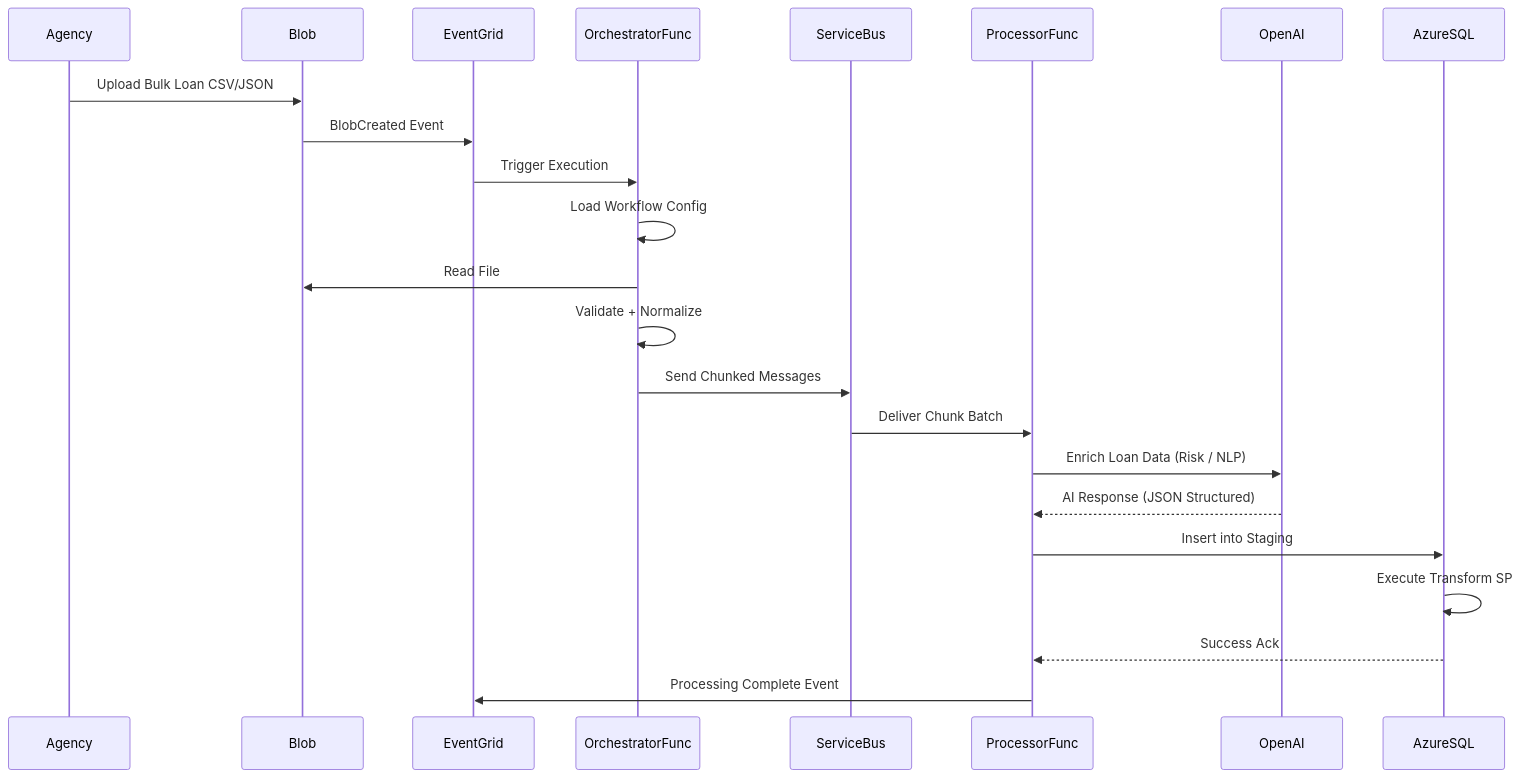
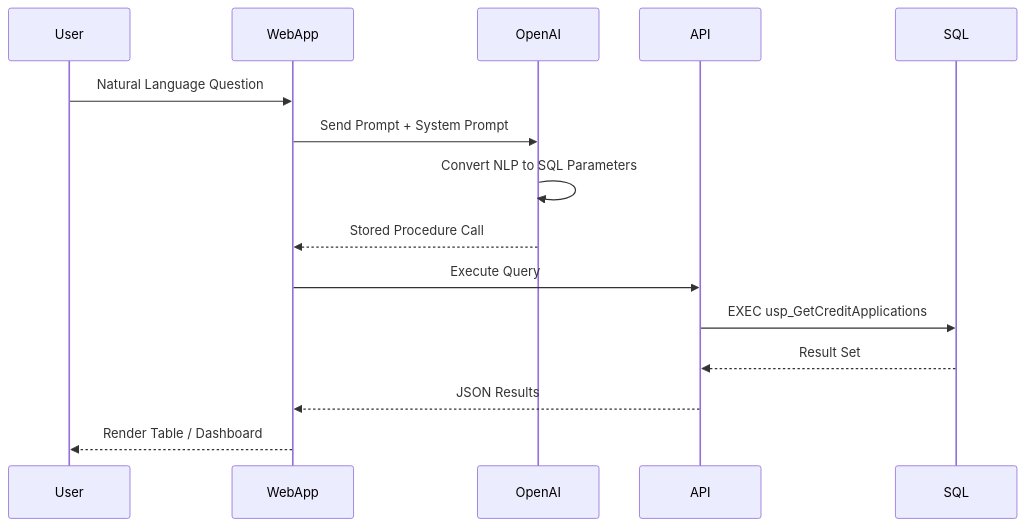
One commit to oigbokwe73/CreditLoanApp changed the third of 3 diagrams in README.md. Above: the diagram before and after it, drawn with Mermaid. The commit also changed other lines of this file, not shown here.

First line of the commit message:
Enhance README with architecture and workflow diagrams

````diff
--- a/README.md
+++ b/README.md
@@ -87,30 +131,26 @@
 ```mermaid
 sequenceDiagram
-    participant Agency
-    participant Blob
-    participant EventGrid
-    participant OrchestratorFunc
-    participant ServiceBus
-    participant ProcessorFunc
-    participant OpenAI
-    participant AzureSQL
 
-    Agency->>Blob: Upload Bulk Loan CSV/JSON
-    Blob->>EventGrid: BlobCreated Event
-    EventGrid->>OrchestratorFunc: Trigger Execution
+participant User
+participant WebApp
+participant OpenAI
+participant API
+participant SQL
 
-    OrchestratorFunc->>OrchestratorFunc: Load Workflow Config
-    OrchestratorFunc->>Blob: Read File
-    OrchestratorFunc->>OrchestratorFunc: Validate + Normalize
-    OrchestratorFunc->>ServiceBus: Send Chunked Messages
+User->>WebApp: Natural Language Question
+WebApp->>OpenAI: Send Prompt + System Prompt
 
-    ServiceBus->>ProcessorFunc: Deliver Chunk Batch
-    ProcessorFunc->>OpenAI: Enrich Loan Data (Risk / NLP)
-    OpenAI-->>ProcessorFunc: AI Response (JSON Structured)
-    ProcessorFunc->>AzureSQL: Insert into Staging
+OpenAI->>OpenAI: Convert NLP to SQL Parameters
 
-    AzureSQL->>AzureSQL: Execute Transform SP
-    AzureSQL-->>ProcessorFunc: Success Ack
+OpenAI-->>WebApp: Stored Procedure Call
 
-    ProcessorFunc->>EventGrid: Processing Complete Event
+WebApp->>API: Execute Query
+
+API->>SQL: EXEC usp_GetCreditApplications
+
+SQL-->>API: Result Set
+
+API-->>WebApp: JSON Results
+
+WebApp-->>User: Render Table / Dashboard
 ```
````
